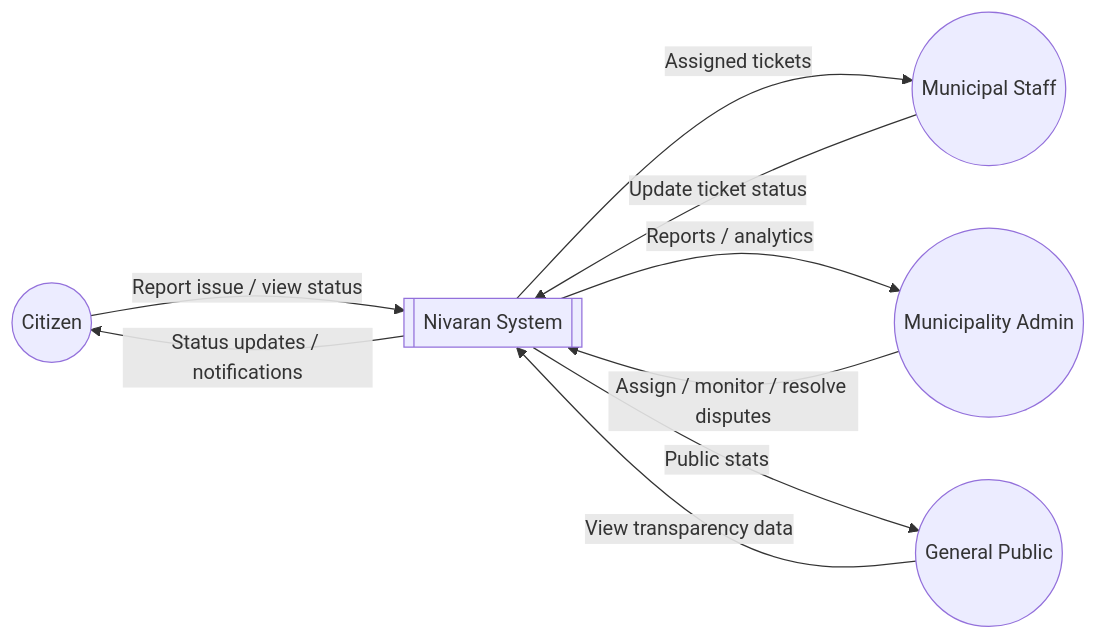
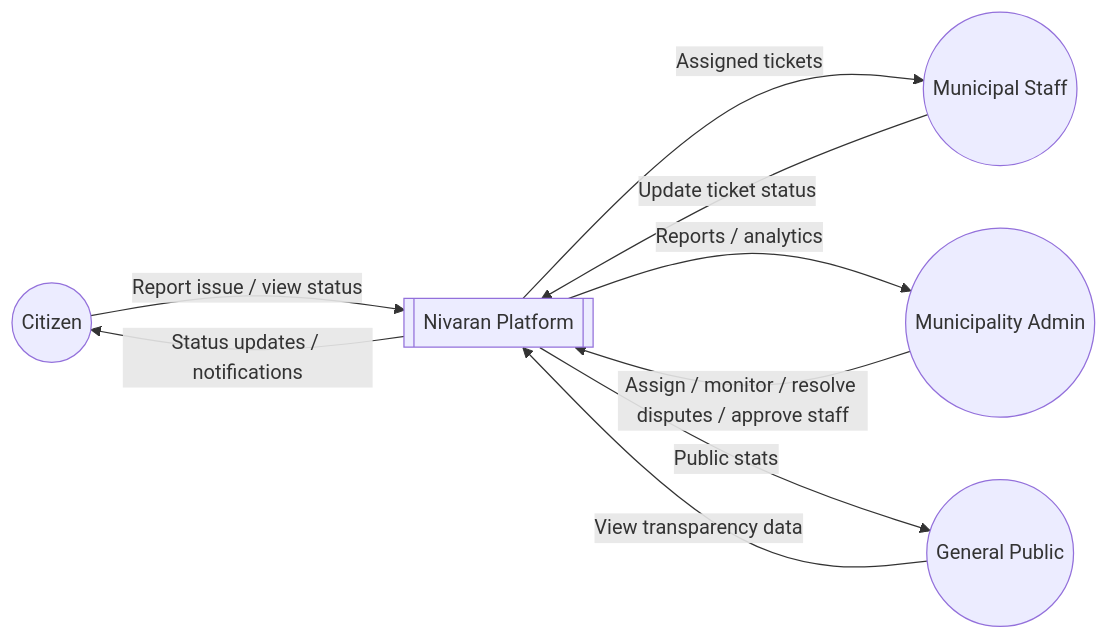
Before and after one commit to Ujjwal-0005/nivaran: the second of 4 diagrams in README.md, drawn with Mermaid. The commit also changed other lines of this file, not shown here.

````diff
--- a/README.md
+++ b/README.md
@@ -115,11 +182,11 @@
 ```mermaid
 flowchart LR
-    Citizen((Citizen)) -- Report issue / view status --> SYS[["Nivaran System"]]
+    Citizen((Citizen)) -- Report issue / view status --> SYS[["Nivaran Platform"]]
     Staff((Municipal Staff)) -- Update ticket status --> SYS
-    Admin((Municipality Admin)) -- Assign / monitor / resolve disputes --> SYS
+    Admin((Municipality Admin)) -- Assign / monitor / resolve disputes / approve staff --> SYS
     Public((General Public)) -- View transparency data --> SYS
     SYS -- Status updates / notifications --> Citizen
     SYS -- Assigned tickets --> Staff
     SYS -- Reports / analytics --> Admin
     SYS -- Public stats --> Public
 ```
````
